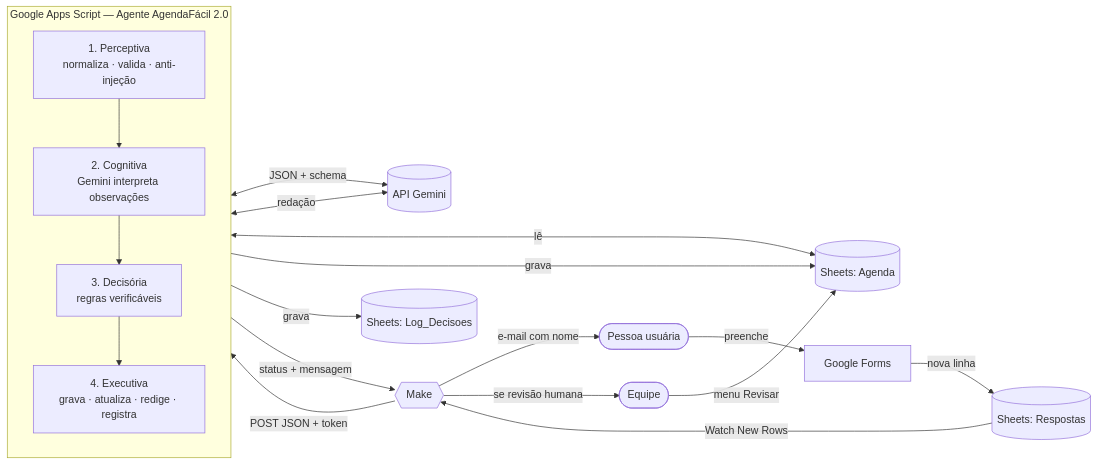
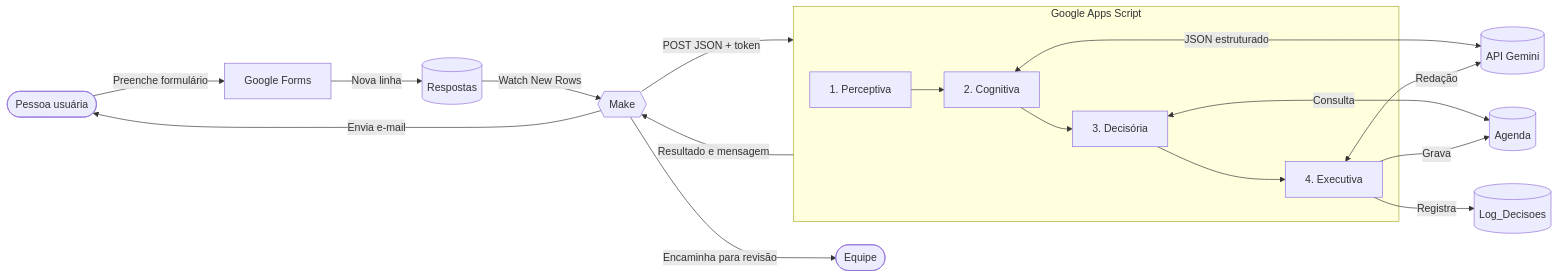
The first of 3 diagrams in AgendaFacil-2.0/README.md (maraaujo/tendencias_ia), drawn with Mermaid before and after one commit. The commit also changed other lines of this file, not shown here.

````diff
--- a/AgendaFacil-2.0/README.md
+++ b/AgendaFacil-2.0/README.md
@@ -143,26 +229,26 @@
 ```mermaid
 flowchart LR
-    U([Pessoa usuária]) -->|preenche| F[Google Forms]
-    F -->|nova linha| SR[(Sheets: Respostas)]
+    U([Pessoa usuária]) -->|Preenche formulário| F[Google Forms]
+    F -->|Nova linha| SR[(Respostas)]
     SR -->|Watch New Rows| M{{Make}}
+
     M -->|POST JSON + token| WA
 
-    subgraph WA[Google Apps Script — Agente AgendaFácil 2.0]
-      direction TB
-      C1[1. Perceptiva<br/>normaliza · valida · anti-injeção]
-      C2[2. Cognitiva<br/>Gemini interpreta observações]
-      C3[3. Decisória<br/>regras verificáveis]
-      C4[4. Executiva<br/>grava · atualiza · redige · registra]
-      C1 --> C2 --> C3 --> C4
+    subgraph WA[Google Apps Script]
+        C1[1. Perceptiva]
+        C2[2. Cognitiva]
+        C3[3. Decisória]
+        C4[4. Executiva]
+
+        C1 --> C2 --> C3 --> C4
     end
 
-    C2 <-->|JSON + schema| G[(API Gemini)]
-    C4 <-->|redação| G
-    C3 <-->|lê| AG[(Sheets: Agenda)]
-    C4 -->|grava| AG
-    C4 -->|grava| LG[(Sheets: Log_Decisoes)]
-    WA -->|status + mensagem| M
-    M -->|e-mail com nome| U
-    M -->|se revisão humana| E([Equipe])
-    E -->|menu Revisar| AG
+    C2 <-->|JSON estruturado| G[(API Gemini)]
+    C4 <-->|Redação| G
+    C3 <-->|Consulta| AG[(Agenda)]
+    C4 -->|Grava| AG
+    C4 -->|Registra| LG[(Log_Decisoes)]
+    WA -->|Resultado e mensagem| M
+    M -->|Envia e-mail| U
+    M -->|Encaminha para revisão| E([Equipe])
 ```
````
